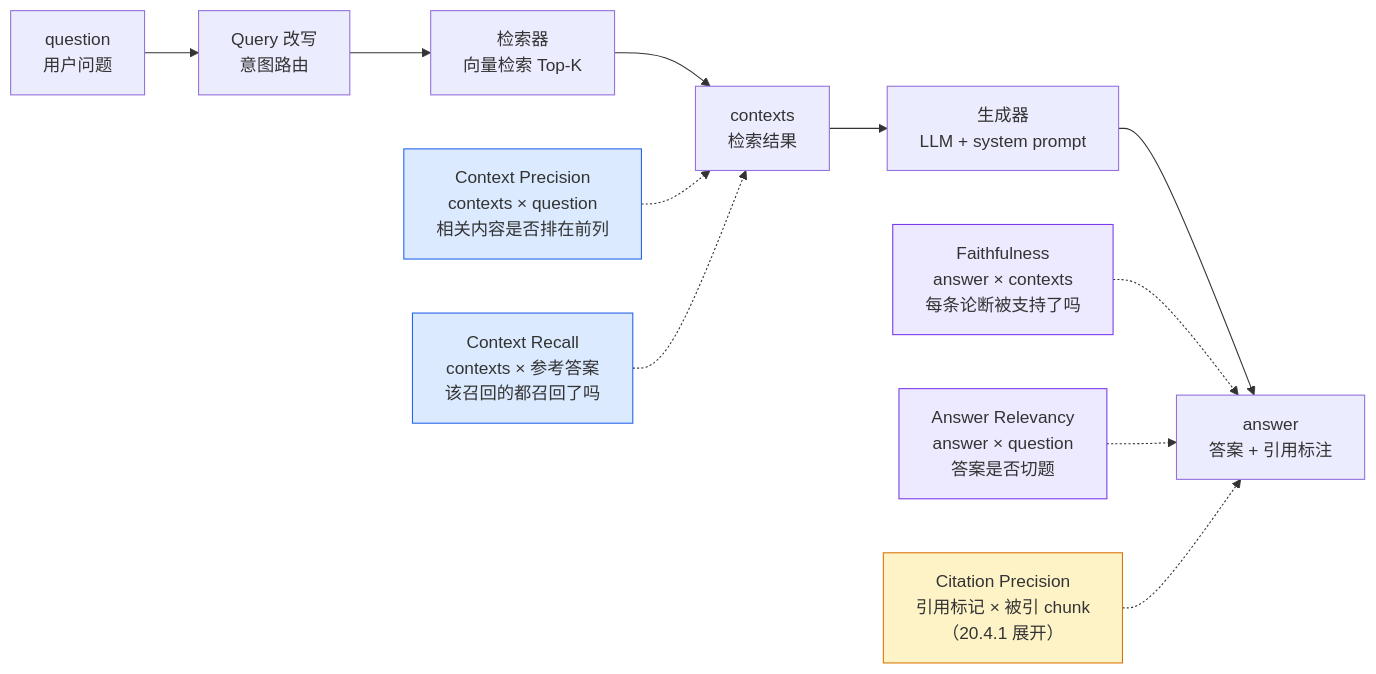
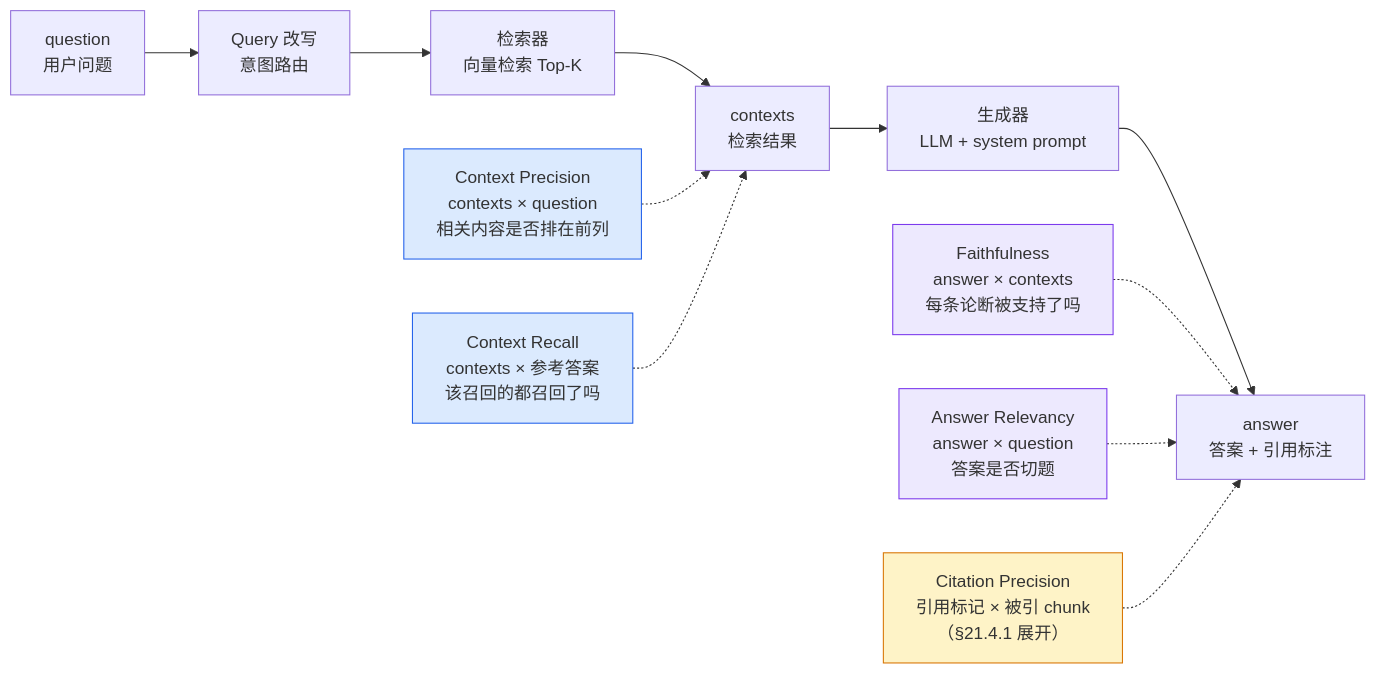
Before and after one commit to zenHeart/evals: the first of 3 diagrams in book/chapters/chapter-21-rag-agent-eval.md, drawn with Mermaid. The commit also changed other lines of this file and 31 other files, not shown here.

````diff
--- a/book/chapters/chapter-21-rag-agent-eval.md
+++ b/book/chapters/chapter-21-rag-agent-eval.md
@@ -32,18 +32,18 @@
 ```mermaid
 flowchart LR
     Q["question<br/>用户问题"] --> RW["Query 改写<br/>意图路由"]
     RW --> RET["检索器<br/>向量检索 Top-K"]
     RET --> CTX["contexts<br/>检索结果"]
     CTX --> GEN["生成器<br/>LLM + system prompt"]
     GEN --> ANS["answer<br/>答案 + 引用标注"]
     M1["Context Precision<br/>contexts × question<br/>相关内容是否排在前列"] -.-> CTX
     M2["Context Recall<br/>contexts × 参考答案<br/>该召回的都召回了吗"] -.-> CTX
     M3["Faithfulness<br/>answer × contexts<br/>每条论断被支持了吗"] -.-> ANS
     M4["Answer Relevancy<br/>answer × question<br/>答案是否切题"] -.-> ANS
-    M5["Citation Precision<br/>引用标记 × 被引 chunk<br/>（20.4.1 展开）"] -.-> ANS
+    M5["Citation Precision<br/>引用标记 × 被引 chunk<br/>（§21.4.1 展开）"] -.-> ANS
     style M1 fill:#dbeafe,stroke:#2563eb
     style M2 fill:#dbeafe,stroke:#2563eb
     style M3 fill:#ede9fe,stroke:#7c3aed
     style M4 fill:#ede9fe,stroke:#7c3aed
     style M5 fill:#fef3c7,stroke:#d97706
 ```
````
